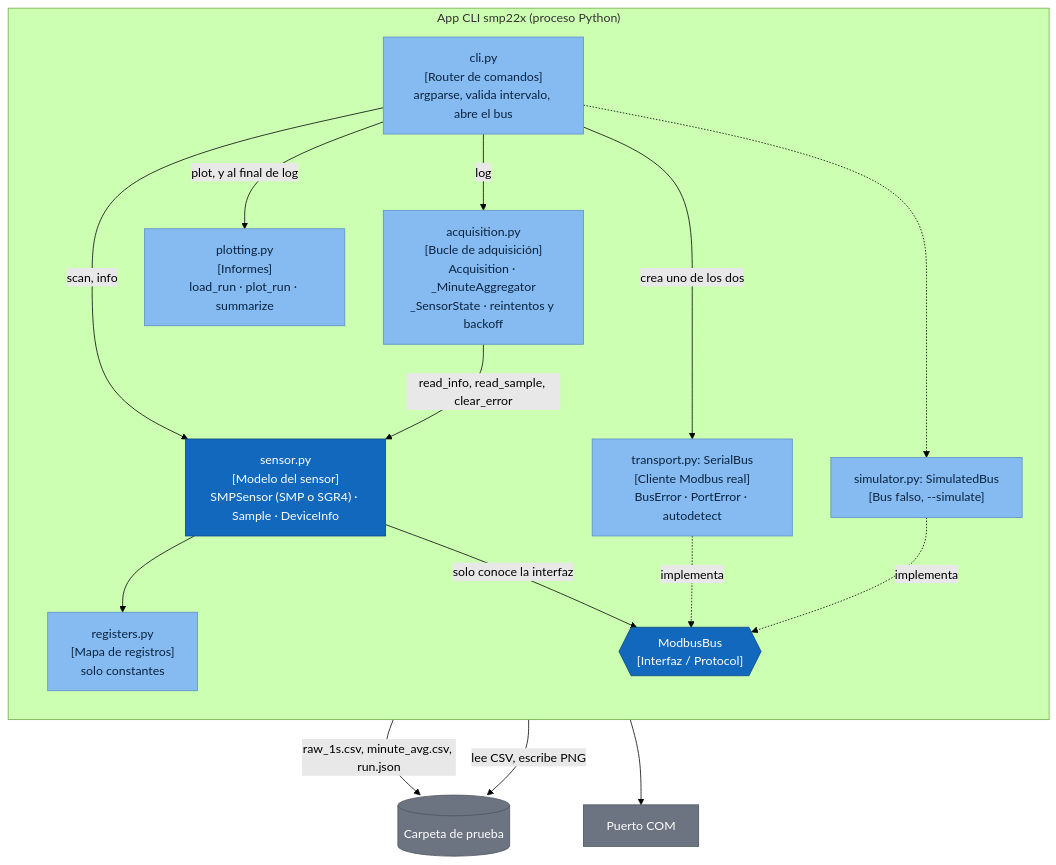
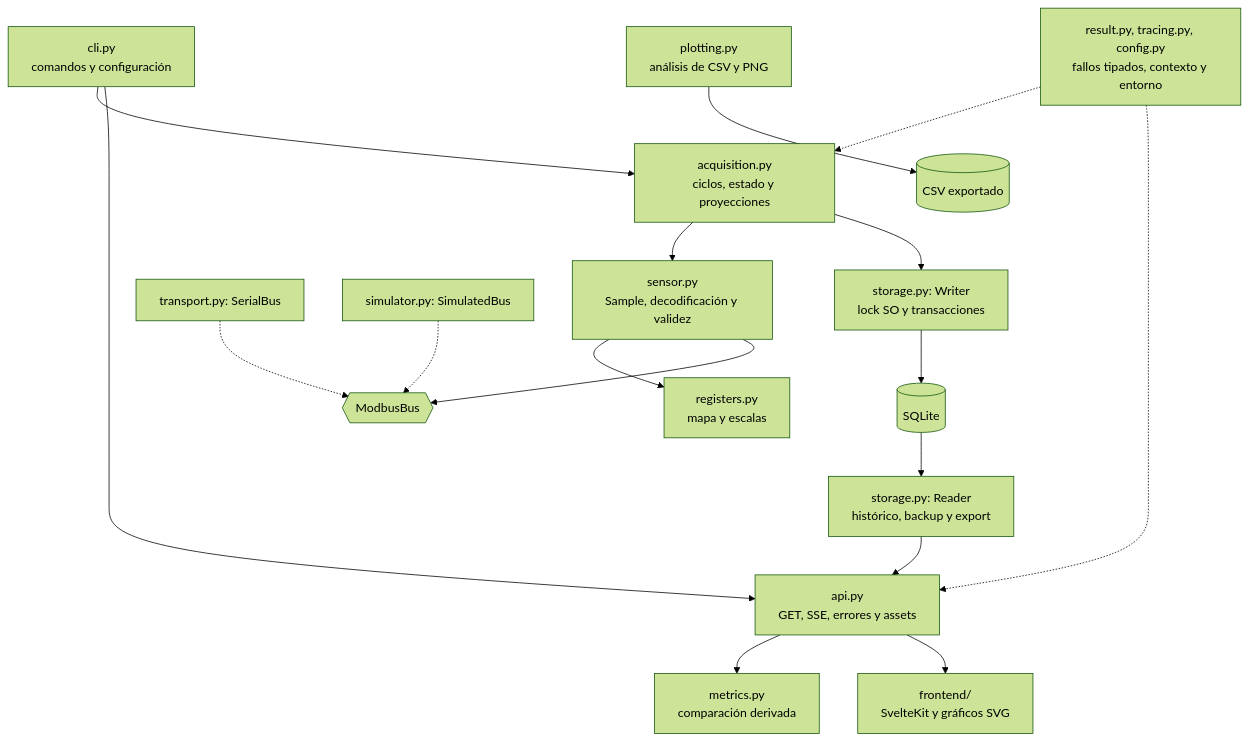
The third of 4 diagrams in docs/arquitectura-c4.md (RodrigoAlexander7/solys2-automatization), drawn with Mermaid (forest theme) before and after one commit. The commit also changed other lines of this file and 10 other files, not shown here.

````diff
--- a/docs/arquitectura-c4.md
+++ b/docs/arquitectura-c4.md
@@ -122,37 +64,19 @@
 ```mermaid
 flowchart TB
-  subgraph app["App CLI smp22x (proceso Python)"]
-    direction TB
-    cli["cli.py<br/>[Router de comandos]<br/>argparse, valida intervalo, abre el bus"]
-    acq["acquisition.py<br/>[Bucle de adquisición]<br/>Acquisition · _MinuteAggregator<br/>_SensorState · reintentos y backoff"]
-    plot["plotting.py<br/>[Informes]<br/>load_run · plot_run · summarize"]
-    sensor["sensor.py<br/>[Modelo del sensor]<br/>SMPSensor (SMP o SGR4) · Sample · DeviceInfo"]
-    regs["registers.py<br/>[Mapa de registros]<br/>solo constantes"]
-    iface{{"ModbusBus<br/>[Interfaz / Protocol]"}}
-    serial["transport.py: SerialBus<br/>[Cliente Modbus real]<br/>BusError · PortError · autodetect"]
-    sim["simulator.py: SimulatedBus<br/>[Bus falso, --simulate]"]
-  end
-  com["Puerto COM"]
-  files[("Carpeta de prueba")]
-
-  cli -->|"log"| acq
-  cli -->|"scan, info"| sensor
-  cli -->|"plot, y al final de log"| plot
-  cli -->|"crea uno de los dos"| serial
-  cli -.-> sim
-  acq -->|"read_info, read_sample, clear_error"| sensor
-  acq -->|"raw_1s.csv, minute_avg.csv, run.json"| files
-  plot -->|"lee CSV, escribe PNG"| files
-  sensor --> regs
-  sensor -->|"solo conoce la interfaz"| iface
-  serial -.->|"implementa"| iface
-  sim -.->|"implementa"| iface
-  serial --> com
-
-  classDef comp fill:#85bbf0,stroke:#5d8fc4,color:#0b2340
-  classDef core fill:#1168bd,stroke:#0b4884,color:#ffffff
-  classDef ext fill:#6b7480,stroke:#4d545d,color:#ffffff
-  class cli,acq,plot,regs,serial,sim comp
-  class sensor,iface core
-  class com,files ext
+  cli["cli.py<br/>comandos y configuración"] --> acq["acquisition.py<br/>ciclos, estado y proyecciones"]
+  cli --> api["api.py<br/>GET, SSE, errores y assets"]
+  acq --> sensor["sensor.py<br/>Sample, decodificación y validez"]
+  sensor --> regs["registers.py<br/>mapa y escalas"]
+  sensor --> bus{{ModbusBus}}
+  serial["transport.py: SerialBus"] -.-> bus
+  sim["simulator.py: SimulatedBus"] -.-> bus
+  acq --> writer["storage.py: Writer<br/>lock SO y transacciones"]
+  writer --> db[(SQLite)]
+  db --> reader["storage.py: Reader<br/>histórico, backup y export"]
+  reader --> api
+  api --> metrics["metrics.py<br/>comparación derivada"]
+  api --> ui["frontend/<br/>SvelteKit y gráficos SVG"]
+  common["result.py, tracing.py, config.py<br/>fallos tipados, contexto y entorno"] -.-> acq
+  common -.-> api
+  plot["plotting.py<br/>análisis de CSV y PNG"] --> csv[(CSV exportado)]
 ```
````
